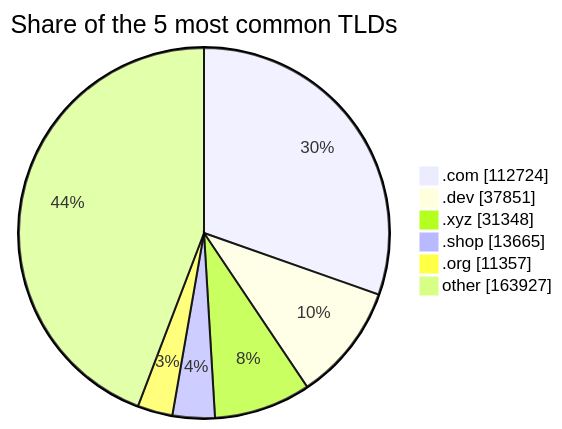
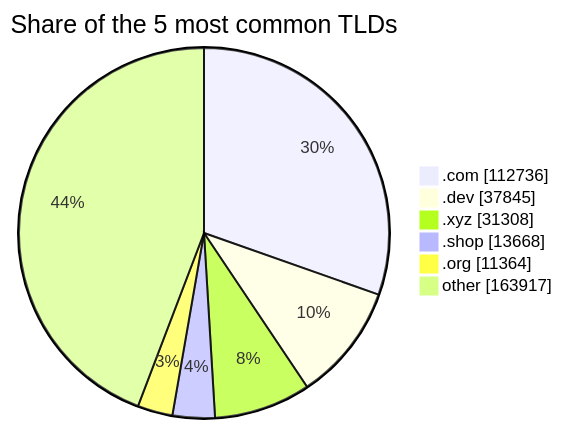
Before and after one commit to DNSBunker/CTI: the third of 3 diagrams in README.md, drawn with Mermaid. The commit also changed other lines of this file and 3 other files, not shown here.

````diff
--- a/README.md
+++ b/README.md
@@ -81,9 +81,9 @@
 ```mermaid
 pie showData title Share of the 5 most common TLDs
-    ".com" : 112724
-    ".dev" : 37851
-    ".xyz" : 31348
-    ".shop" : 13665
-    ".org" : 11357
-    "other" : 163927
+    ".com" : 112736
+    ".dev" : 37845
+    ".xyz" : 31308
+    ".shop" : 13668
+    ".org" : 11364
+    "other" : 163917
 ```
````
